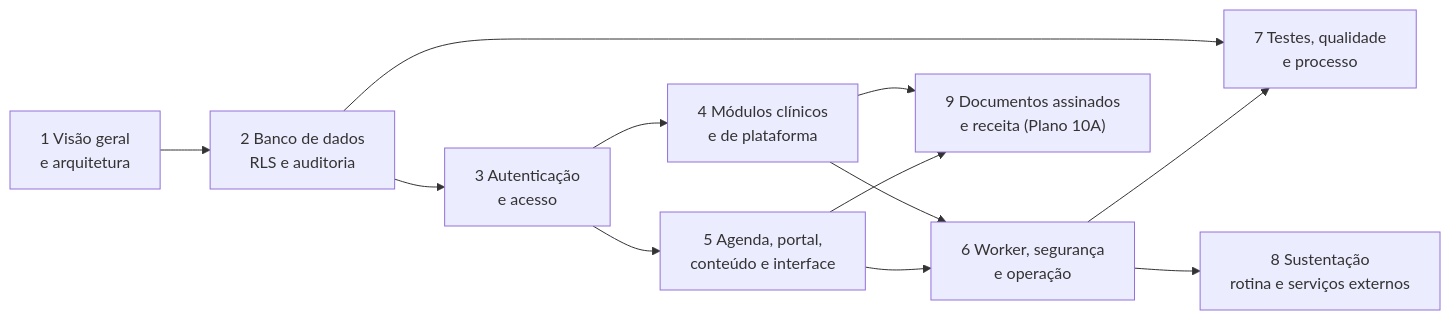
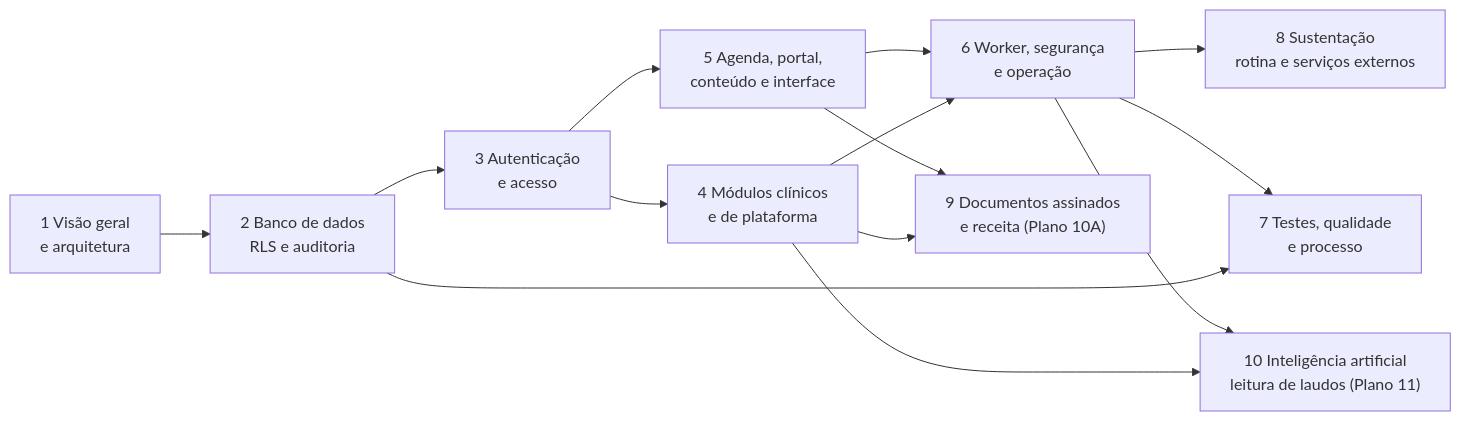
Before and after one commit to fabianojp06/nutridebby: the diagram in docs/manual-tecnico/README.md, drawn with Mermaid. The commit also changed other lines of this file and 11 other files, not shown here.

````diff
--- a/docs/manual-tecnico/README.md
+++ b/docs/manual-tecnico/README.md
@@ -51,14 +51,16 @@
 ```mermaid
 flowchart LR
   C1["1 Visão geral<br/>e arquitetura"] --> C2["2 Banco de dados<br/>RLS e auditoria"]
   C2 --> C3["3 Autenticação<br/>e acesso"]
   C3 --> C4["4 Módulos clínicos<br/>e de plataforma"]
   C3 --> C5["5 Agenda, portal,<br/>conteúdo e interface"]
   C4 --> C6["6 Worker, segurança<br/>e operação"]
   C5 --> C6
   C2 --> C7["7 Testes, qualidade<br/>e processo"]
   C6 --> C7
   C6 --> C8["8 Sustentação<br/>rotina e serviços externos"]
   C4 --> C9["9 Documentos assinados<br/>e receita (Plano 10A)"]
   C5 --> C9
+  C4 --> C10["10 Inteligência artificial<br/>leitura de laudos (Plano 11)"]
+  C6 --> C10
 ```
````
